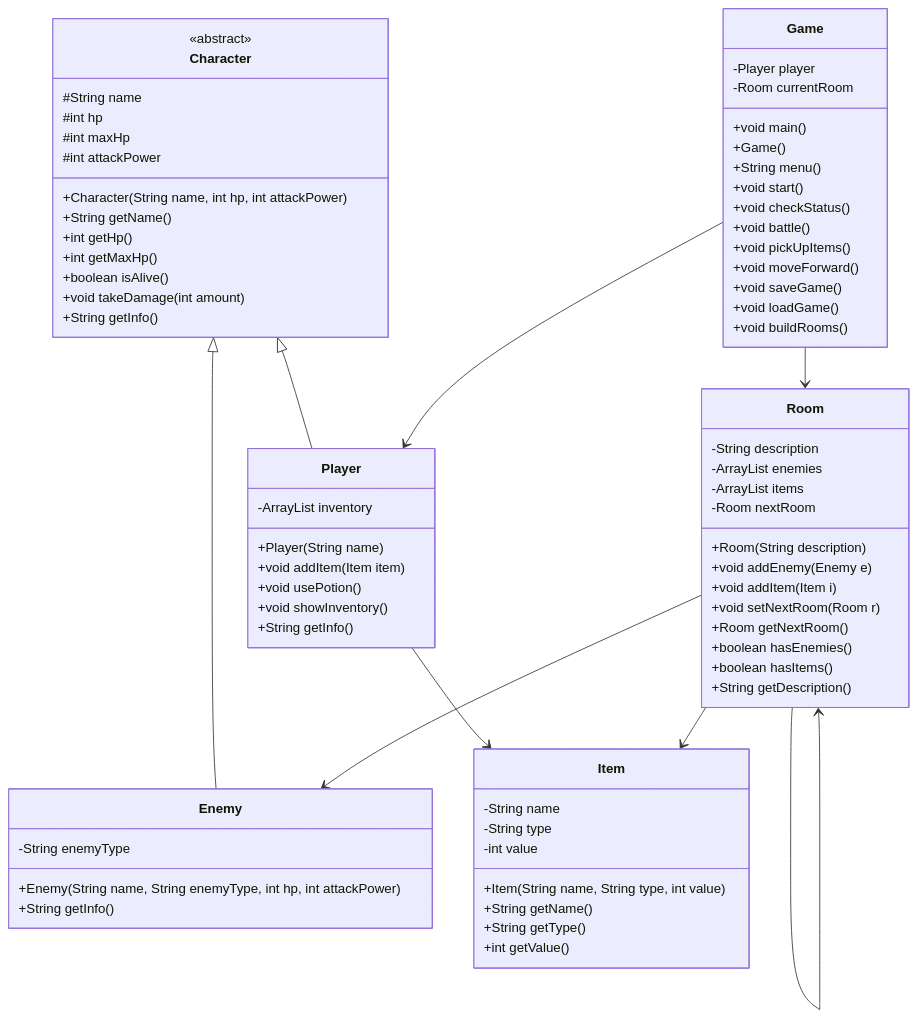
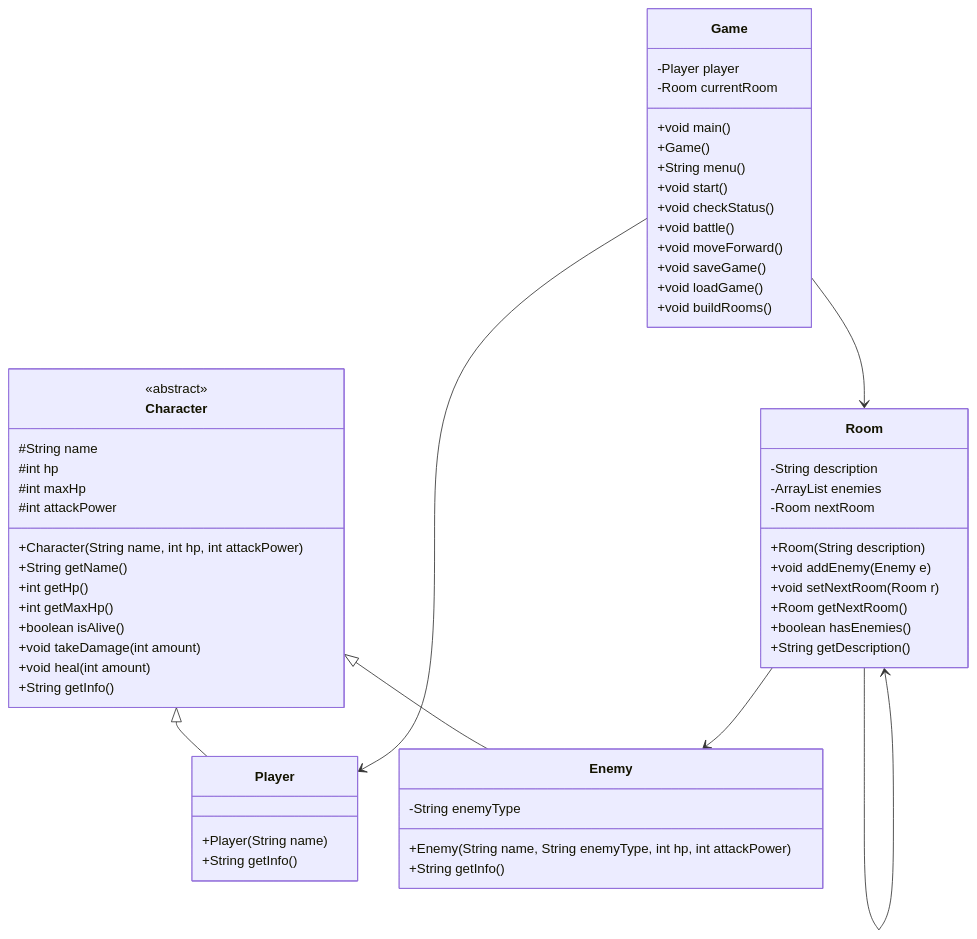
Before and after one commit to steven-houser/Dungeon-Crawler: the diagram in README.md, drawn with Mermaid. The commit also changed other lines of this file and 7 other files, not shown here.

````diff
--- a/README.md
+++ b/README.md
@@ -126,76 +107,58 @@
 ```mermaid
 classDiagram
     class Character {
         <<abstract>>
         #String name
         #int hp
         #int maxHp
         #int attackPower
         +Character(String name, int hp, int attackPower)
         +String getName()
         +int getHp()
         +int getMaxHp()
         +boolean isAlive()
         +void takeDamage(int amount)
+        +void heal(int amount)
         +String getInfo()
     }
     class Player {
-        -ArrayList inventory
         +Player(String name)
-        +void addItem(Item item)
-        +void usePotion()
-        +void showInventory()
         +String getInfo()
     }
     class Enemy {
         -String enemyType
         +Enemy(String name, String enemyType, int hp, int attackPower)
         +String getInfo()
     }
-    class Item {
-        -String name
-        -String type
-        -int value
-        +Item(String name, String type, int value)
-        +String getName()
-        +String getType()
-        +int getValue()
-    }
     class Room {
         -String description
         -ArrayList enemies
-        -ArrayList items
         -Room nextRoom
         +Room(String description)
         +void addEnemy(Enemy e)
-        +void addItem(Item i)
         +void setNextRoom(Room r)
         +Room getNextRoom()
         +boolean hasEnemies()
-        +boolean hasItems()
         +String getDescription()
     }
     class Game {
         -Player player
         -Room currentRoom
         +void main()
         +Game()
         +String menu()
         +void start()
         +void checkStatus()
         +void battle()
-        +void pickUpItems()
         +void moveForward()
         +void saveGame()
         +void loadGame()
         +void buildRooms()
     }
     Character <|-- Player
     Character <|-- Enemy
-    Player --> Item
     Room --> Enemy
-    Room --> Item
     Room --> Room
     Game --> Player
     Game --> Room
 ```
````
